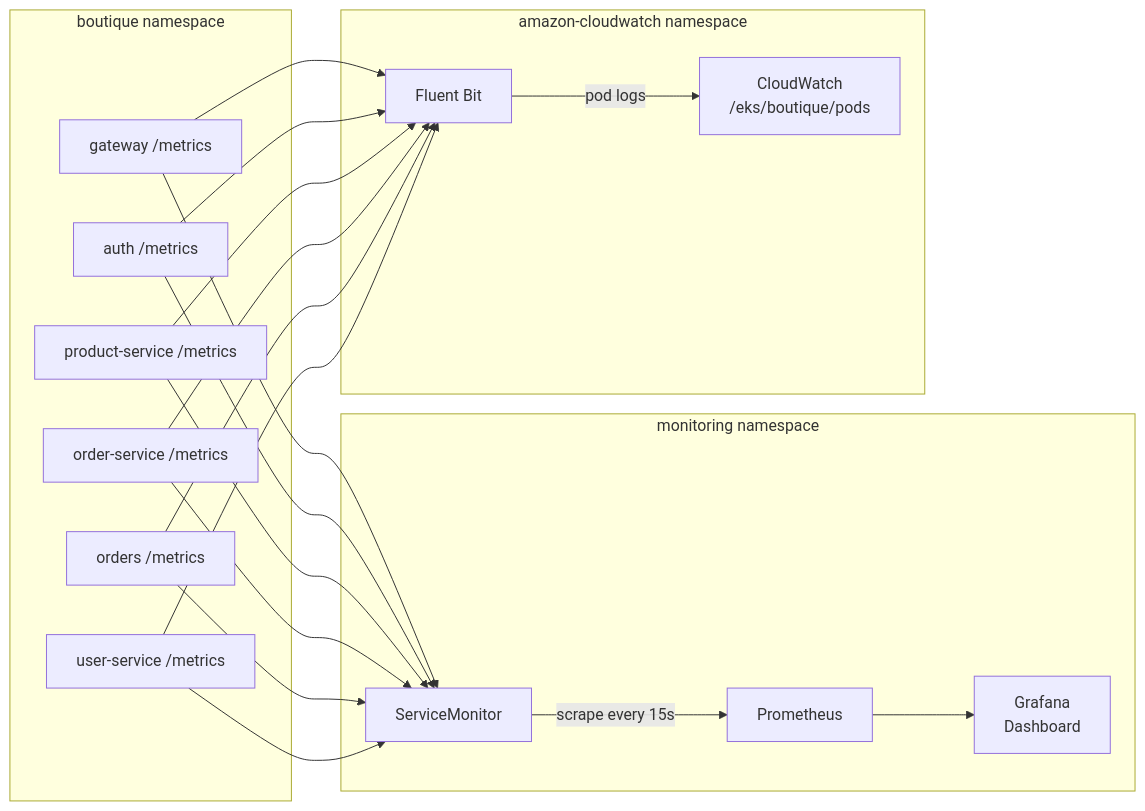
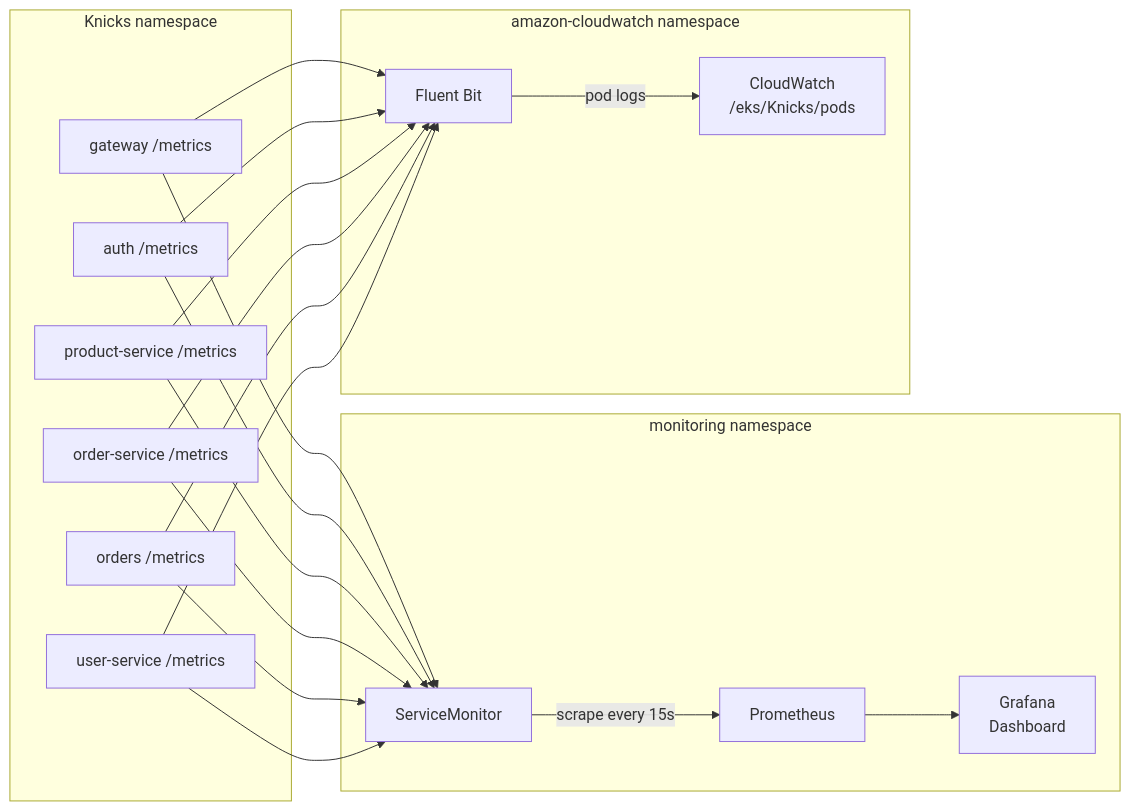
Before and after one commit to chirag-baghra/AiOPS-Project-Knicks-store: the seventh of 10 diagrams in docs/part2-workflow.md, drawn with Mermaid. The commit also changed other lines of this file and 41 other files, not shown here.

````diff
--- a/docs/part2-workflow.md
+++ b/docs/part2-workflow.md
@@ -191,23 +191,23 @@
 ```mermaid
 flowchart LR
-    subgraph Services [boutique namespace]
+    subgraph Services [Knicks namespace]
         GW[gateway /metrics]
         AU[auth /metrics]
         PS[product-service /metrics]
         OS[order-service /metrics]
         OR[orders /metrics]
         US[user-service /metrics]
     end
 
     subgraph Monitoring [monitoring namespace]
         SM[ServiceMonitor] -->|scrape every 15s| PR[Prometheus]
         PR --> GR[Grafana\nDashboard]
     end
 
     subgraph Logging [amazon-cloudwatch namespace]
-        FB[Fluent Bit] -->|pod logs| CW[CloudWatch\n/eks/boutique/pods]
+        FB[Fluent Bit] -->|pod logs| CW[CloudWatch\n/eks/Knicks/pods]
     end
 
     GW & AU & PS & OS & OR & US --> SM
     GW & AU & PS & OS & OR & US --> FB
 ```
````
